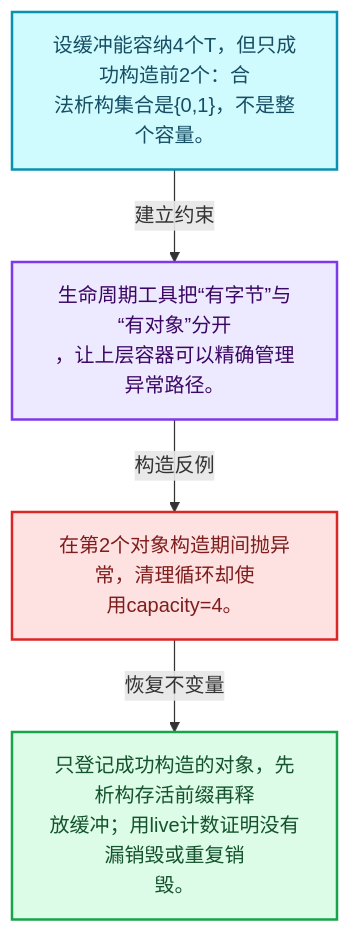
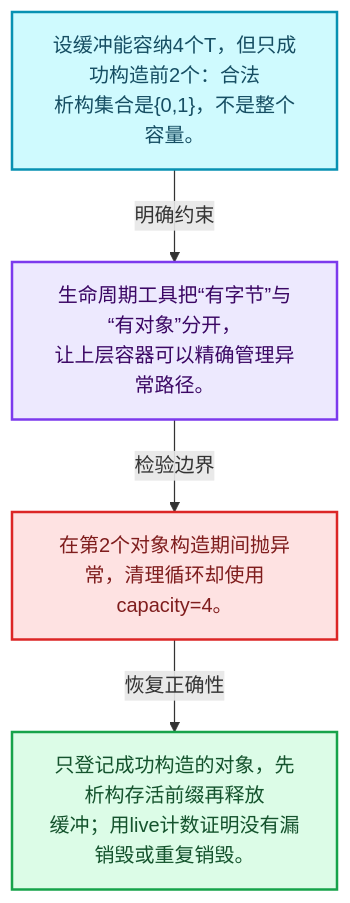
One commit to yunkezengren/blender-.vscode changed the first of 4 diagrams in 杂/markdown/全面学习-codex/01-基础容器与现代CPP/01-对象生命周期与值类别.md. Above: the diagram before and after it, drawn with Mermaid. The commit also changed other lines of this file and 1930 other files, not shown here.

````diff
--- a/杂/markdown/全面学习-codex/01-基础容器与现代CPP/01-对象生命周期与值类别.md
+++ b/杂/markdown/全面学习-codex/01-基础容器与现代CPP/01-对象生命周期与值类别.md
@@ -29,16 +29,16 @@
 ```mermaid
 flowchart TB
-  M["设缓冲能容纳4个T，但只成功构造前2个：合<br/>法析构集合是{0,1}，不是整个容量。"]:::data
-  T["生命周期工具把“有字节”与“有对象”分开<br/>，让上层容器可以精确管理异常路径。"]:::abstraction
-  X["在第2个对象构造期间抛异常，清理循环却使<br/>用capacity=4。"]:::error
-  A["只登记成功构造的对象，先析构存活前缀再释<br/>放缓冲；用live计数证明没有漏销毁或重复销<br/>毁。"]:::result
-  M -->|"建立约束"| T
-  T -->|"构造反例"| X
-  X -->|"恢复不变量"| A
+  M["设缓冲能容纳4个T，但只成功构造前2个：合法<br/>析构集合是{0,1}，不是整个容量。"]:::data
+  C["生命周期工具把“有字节”与“有对象”分开，<br/>让上层容器可以精确管理异常路径。"]:::abstraction
+  B["在第2个对象构造期间抛异常，清理循环却使用<br/>capacity=4。"]:::error
+  R["只登记成功构造的对象，先析构存活前缀再释放<br/>缓冲；用live计数证明没有漏销毁或重复销毁。"]:::result
+  M -->|"明确约束"| C
+  C -->|"检验边界"| B
+  B -->|"恢复正确性"| R
   classDef input fill:#DBEAFE,stroke:#2563EB,color:#172554,stroke-width:2px;
   classDef data fill:#CFFAFE,stroke:#0891B2,color:#164E63,stroke-width:2px;
   classDef abstraction fill:#EDE9FE,stroke:#7C3AED,color:#3B0764,stroke-width:2px;
   classDef compute fill:#FEF3C7,stroke:#D97706,color:#78350F,stroke-width:2px;
   classDef result fill:#DCFCE7,stroke:#16A34A,color:#14532D,stroke-width:2px;
   classDef error fill:#FEE2E2,stroke:#DC2626,color:#7F1D1D,stroke-width:2px;
 ```
````
